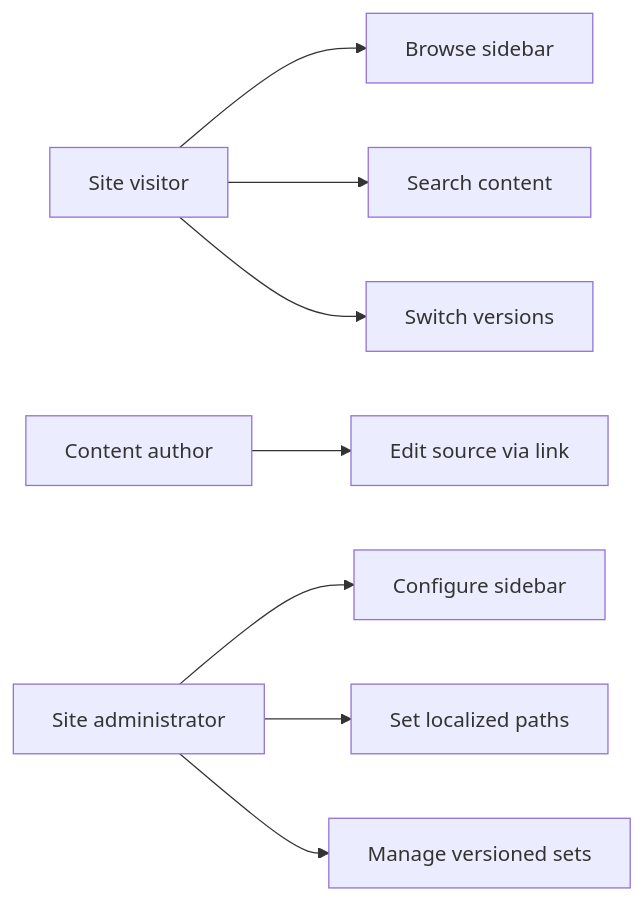
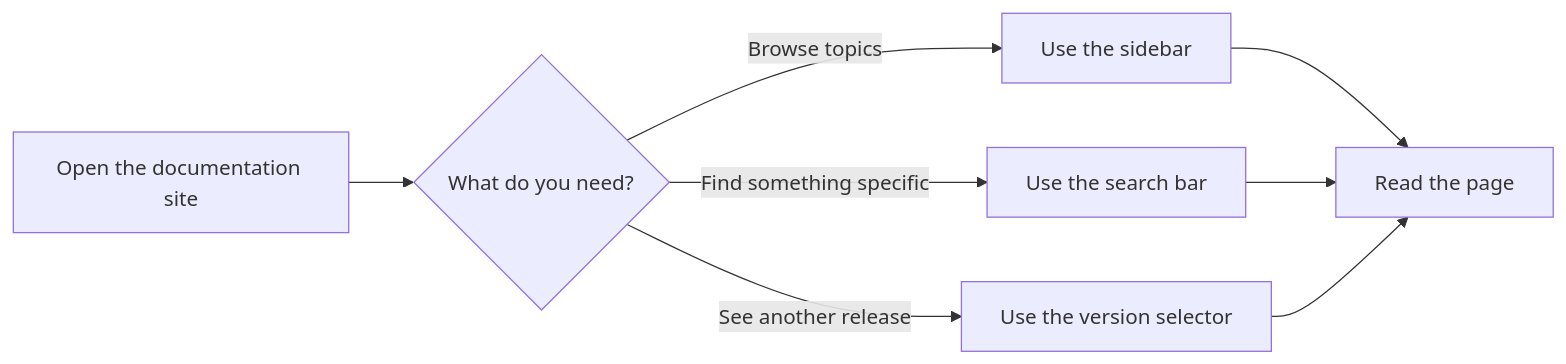
The second of 2 diagrams in api2-documentation/plan_2026-11-02_f8890e/user-facing-docs/documentation.md (Mohita111/API2), drawn with Mermaid before and after one commit. The commit also changed other lines of this file and 14 other files, not shown here.

````diff
--- a/api2-documentation/plan_2026-11-02_f8890e/user-facing-docs/documentation.md
+++ b/api2-documentation/plan_2026-11-02_f8890e/user-facing-docs/documentation.md
@@ -69,10 +68,10 @@
 ```mermaid
 graph LR
-    A[Site visitor] --> B[Browse sidebar]
-    A --> C[Search content]
-    A --> D[Switch versions]
-    E[Content author] --> F[Edit source via link]
-    G[Site administrator] --> H[Configure sidebar]
-    G --> I[Set localized paths]
-    G --> J[Manage versioned sets]
+    A[Open the documentation site] --> B{"What do you need?"}
+    B -->|Browse topics| C[Use the sidebar]
+    B -->|Find something specific| D[Use the search bar]
+    B -->|See another release| E[Use the version selector]
+    C --> F[Read the page]
+    D --> F
+    E --> F
 ```
````
